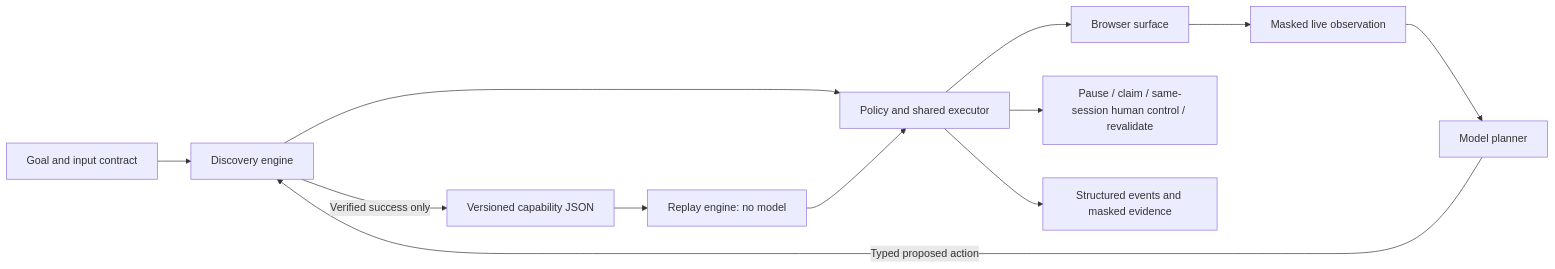
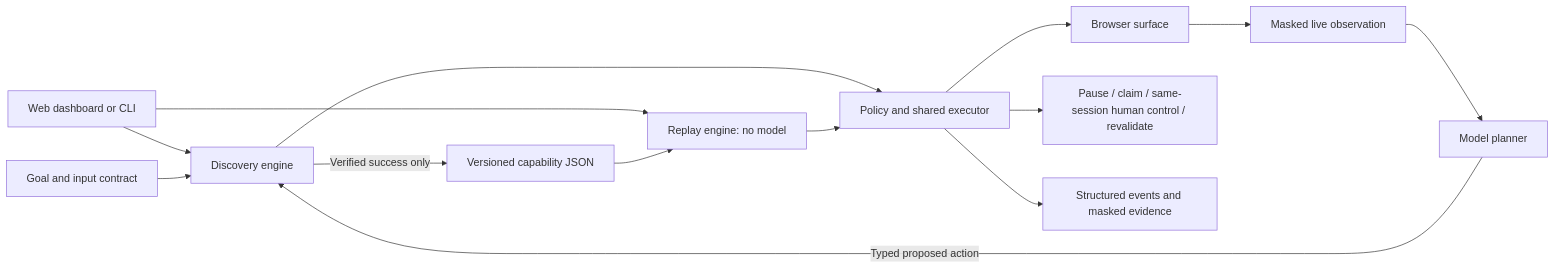
One commit to Maniss-ai/computer-use-capabilities changed the diagram in README.md. Above: the diagram before and after it, drawn with Mermaid. The commit also changed other lines of this file and 22 other files, not shown here.

First line of the commit message:
Add web dashboard for discovery, replay, live preview, and same-session takeover

````diff
--- a/README.md
+++ b/README.md
@@ -214,14 +239,16 @@
 ```mermaid
 flowchart LR
+    W[Web dashboard or CLI] --> D
+    W --> R
     G[Goal and input contract] --> D[Discovery engine]
     O[Masked live observation] --> M[Model planner]
     M -->|Typed proposed action| D
     D --> E[Policy and shared executor]
     E --> B[Browser surface]
     B --> O
     D -->|Verified success only| A[Versioned capability JSON]
     A --> R[Replay engine: no model]
     R --> E
     E --> H[Pause / claim / same-session human control / revalidate]
     E --> L[Structured events and masked evidence]
 ```
````
